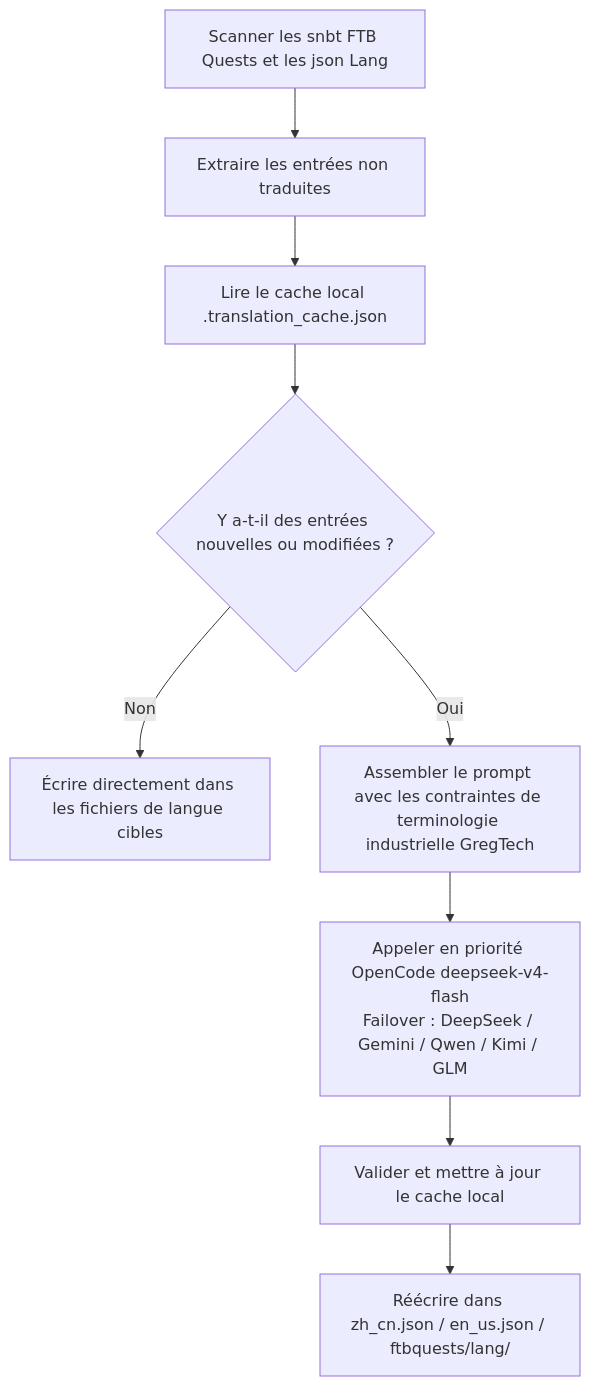
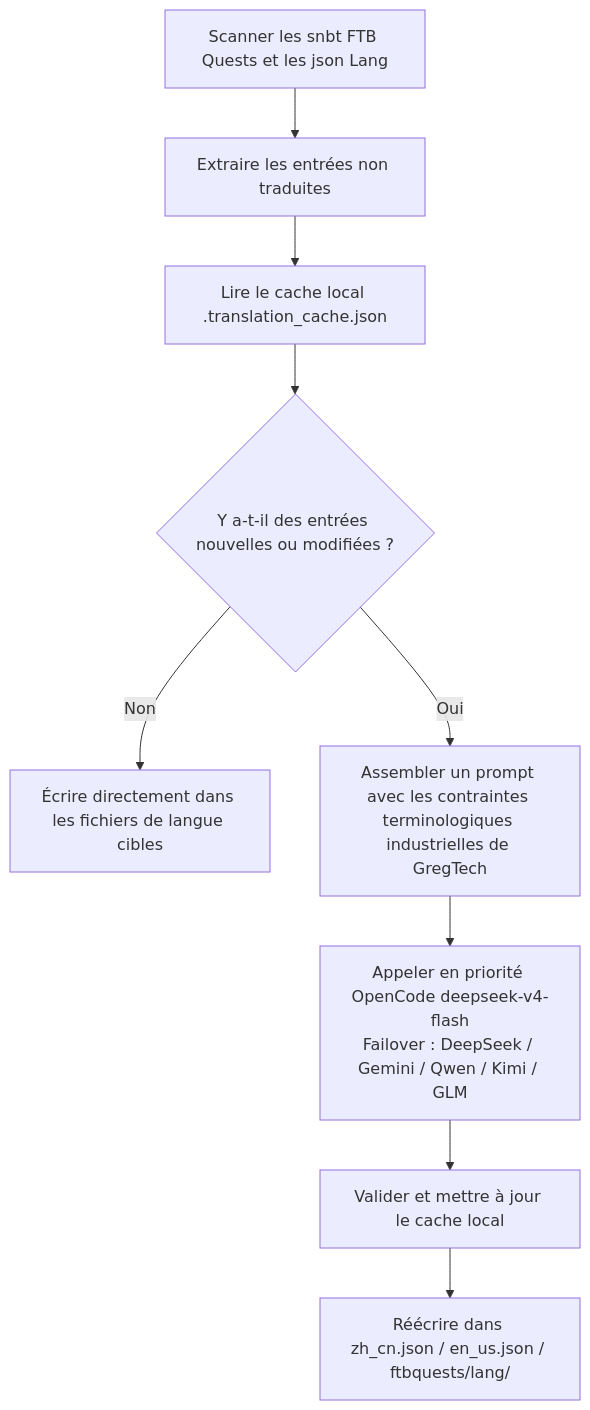
One commit to takanashisatou/GregtechEasy changed the diagram in docs/fr/ci-cd-and-translation/ai-translation.md. Above: the diagram before and after it, drawn with Mermaid. The commit also changed other lines of this file and 138 other files, not shown here.

````diff
--- a/docs/fr/ci-cd-and-translation/ai-translation.md
+++ b/docs/fr/ci-cd-and-translation/ai-translation.md
@@ -27,11 +27,11 @@
 ```mermaid
 graph TD
     A[Scanner les snbt FTB Quests et les json Lang] --> B[Extraire les entrées non traduites]
     B --> C[Lire le cache local .translation_cache.json]
     C --> D{Y a-t-il des entrées nouvelles ou modifiées ?}
     D -- Non --> E[Écrire directement dans les fichiers de langue cibles]
-    D -- Oui --> F[Assembler le prompt avec les contraintes de terminologie industrielle GregTech]
+    D -- Oui --> F[Assembler un prompt avec les contraintes terminologiques industrielles de GregTech]
     F --> G["Appeler en priorité OpenCode deepseek-v4-flash<br/>Failover : DeepSeek / Gemini / Qwen / Kimi / GLM"]
     G --> H[Valider et mettre à jour le cache local]
     H --> I[Réécrire dans zh_cn.json / en_us.json / ftbquests/lang/]
 ```
````
